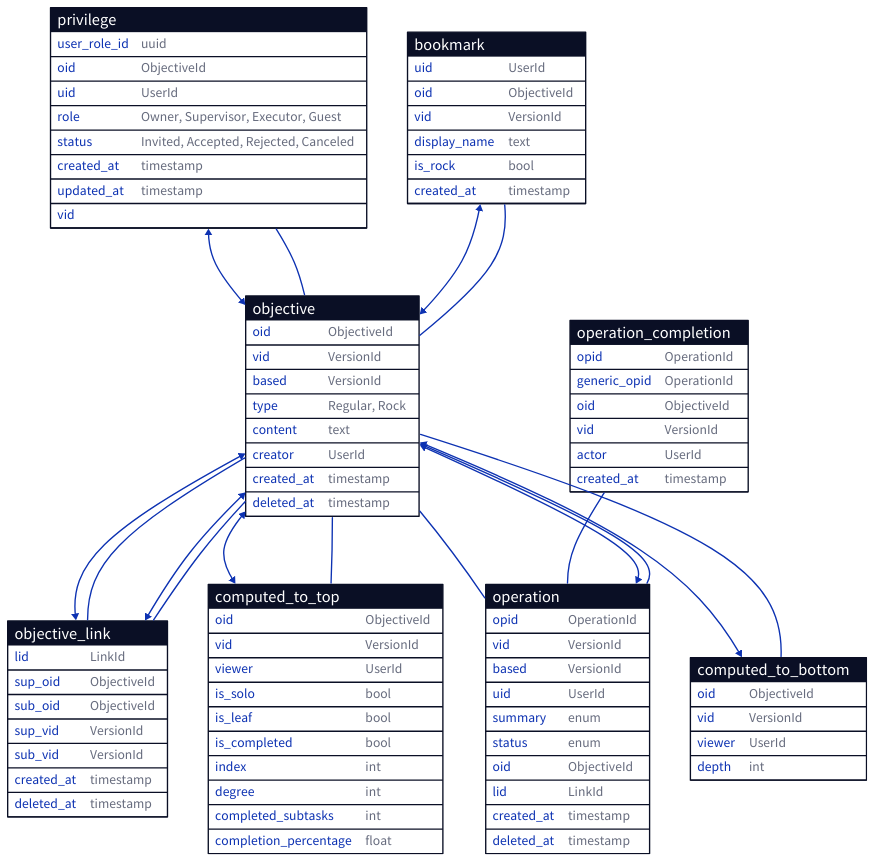
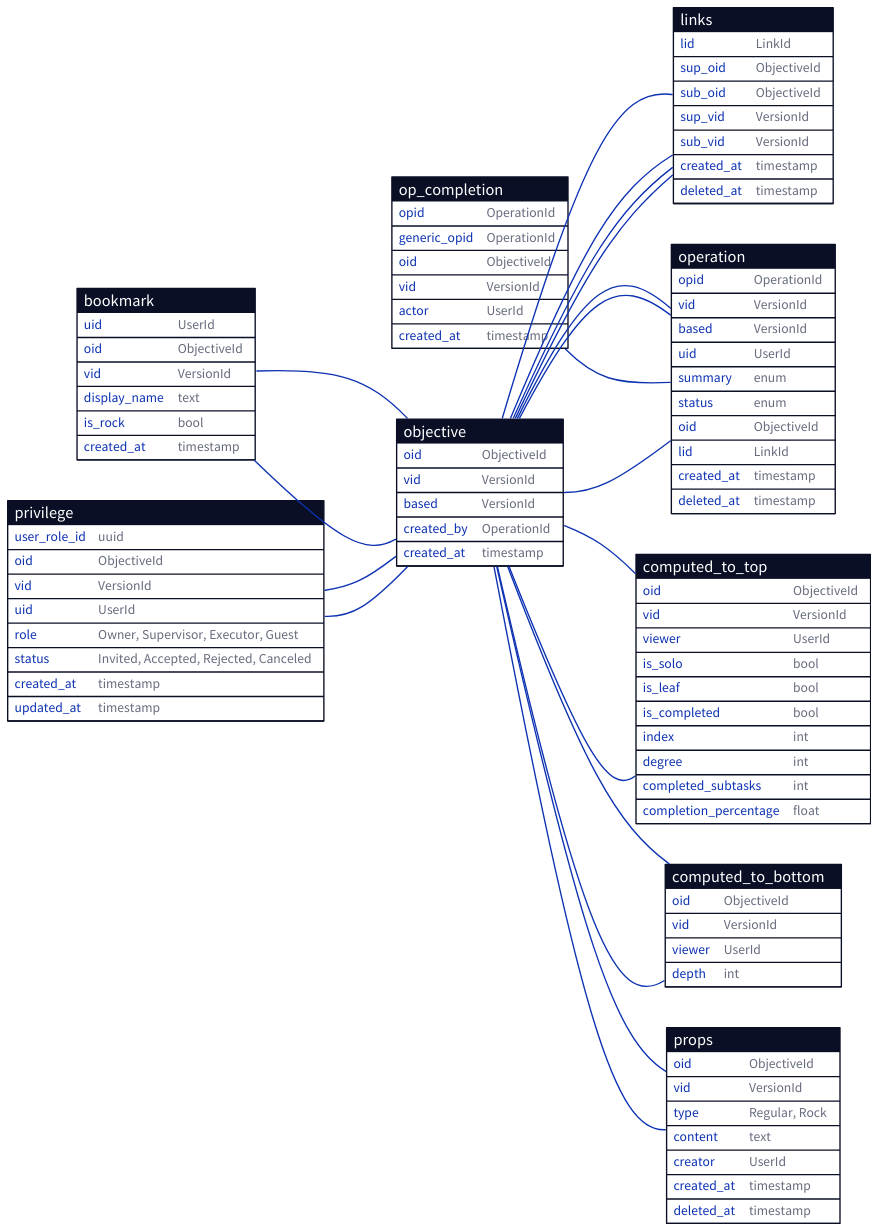
The diagram in docs/database/simplified.d2 (ufukty/logbook), drawn with D2 before and after one commit. The commit also changed 1 other file, not shown here.

Commit message:
docs/database/simplified: separates the columns of `objective` table which are to hold the values of objective attributes in the last state into a separate table `props` in order to allow storing them in separate servers. rotates the layout direction. fixes `privilege` table missing `vid` column

```diff
--- a/docs/database/simplified.d2
+++ b/docs/database/simplified.d2
@@ -1,132 +1,148 @@
 bookmark: {
   shape: sql_table
 
   uid: UserId
   oid: ObjectiveId
   vid: VersionId
   display_name: text
   is_rock: bool # rocks are hidden in the UI
   created_at: timestamp
 }
 
 privilege: {
   shape: sql_table
 
   user_role_id: uuid
   oid: ObjectiveId
+  vid: VersionId
   uid: UserId
   role: "Owner, Supervisor, Executor, Guest"
   status: "Invited, Accepted, Rejected, Canceled"
   created_at: timestamp
   updated_at: timestamp
 }
 
 objective: {
   shape: sql_table
 
   oid: ObjectiveId
   vid: VersionId
   based: VersionId
+  created_by: OperationId
+
+  created_at: timestamp
+}
+
+props: {
+  shape: sql_table
+
+  oid: ObjectiveId
+  vid: VersionId
   type: "Regular, Rock"
   content: text
   creator: UserId
   created_at: timestamp
   deleted_at: timestamp
 }
 
-objective_link: {
+links: {
   shape: sql_table
 
   lid: LinkId
 
   sup_oid: ObjectiveId
   sub_oid: ObjectiveId
   sup_vid: VersionId
   sub_vid: VersionId
 
   created_at: timestamp
   deleted_at: timestamp
 }
 
 computed_to_top: {
   shape: sql_table
 
   oid: ObjectiveId
   vid: VersionId
   viewer: UserId
 
   is_solo: bool
   is_leaf: bool
   is_completed: bool
 
   index: int
   degree: int
   completed_subtasks: int
   completion_percentage: float
 }
 
 computed_to_bottom: {
   shape: sql_table
 
   oid: ObjectiveId
   vid: VersionId
   viewer: UserId
 
   depth: int
 }
 
 operation: {
   shape: sql_table
 
   opid: OperationId
   vid: VersionId
   based: VersionId
 
   uid: UserId
   summary: enum
   status: enum
 
   oid: ObjectiveId
   lid: LinkId
 
   created_at: timestamp
   deleted_at: timestamp
 }
 
-operation_completion: {
+op_completion: {
   shape: sql_table
 
   opid: OperationId
   generic_opid: OperationId
   oid: ObjectiveId
   vid: VersionId
   actor: UserId
   created_at: timestamp
 }
 
+direction: right
+
 # a bookmark points to a root node of a work tree
 bookmark.oid -- objective.oid
-bookmark.vid <-> objective.vid
+bookmark.vid -- objective.vid
 
 # Any task with custom privilege hand.can have owner/viewers/executors
 privilege.oid -- objective.oid
-privilege.vid <-> objective.vid
+privilege.vid -- objective.vid
 
-objective.oid -- objective_link.sup_oid
-objective.vid <-> objective_link.sup_vid
+objective.oid -- links.sup_oid
+objective.vid -- links.sup_vid
 
-objective.oid -- objective_link.sub_oid
-objective.vid <-> objective_link.sub_vid
+objective.oid -- links.sub_oid
+objective.vid -- links.sub_vid
 
 objective.oid -- operation.oid
-objective.vid <-> operation.vid
+objective.vid -- operation.vid
 
 objective.oid -- computed_to_top.oid
-objective.vid <-> computed_to_top.vid
+objective.vid -- computed_to_top.vid
 
 objective.oid -- computed_to_bottom.oid
-objective.vid <-> computed_to_bottom.vid
+objective.vid -- computed_to_bottom.vid
 
-operation_completion.opid -- operation.opid 
+op_completion.opid -- operation.opid 
 
 objective.oid -- operation.oid
+
+objective.oid -- props.oid
+objective.vid -- props.vid
```
